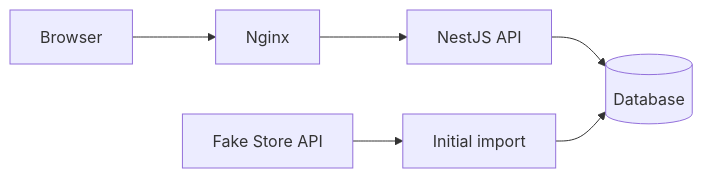
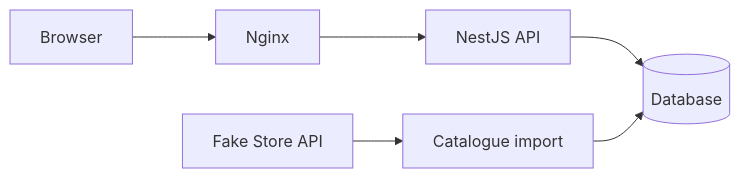
One commit to HumanStapey/home-furniture-app changed the diagram in README.md. Above: the diagram before and after it, drawn with Mermaid. The commit also changed other lines of this file and 11 other files, not shown here.

````diff
--- a/README.md
+++ b/README.md
@@ -66,8 +74,8 @@
 ```mermaid
 flowchart LR
     Browser[Browser] --> Nginx[Nginx]
     Nginx --> API[NestJS API]
     API --> DB[(Database)]
-    Fake[Fake Store API] --> Import[Initial import]
+    Fake[Fake Store API] --> Import[Catalogue import]
     Import --> DB
 ```
````
